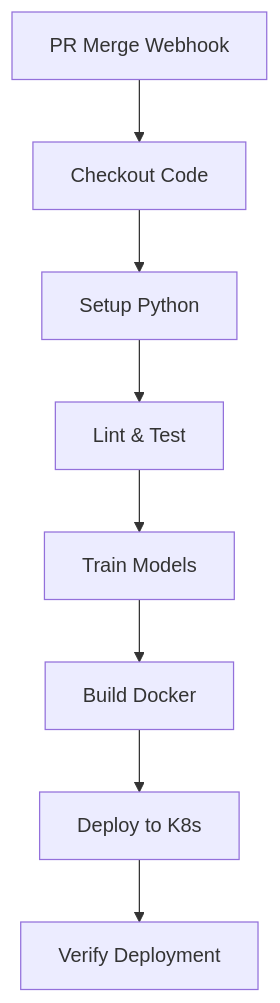
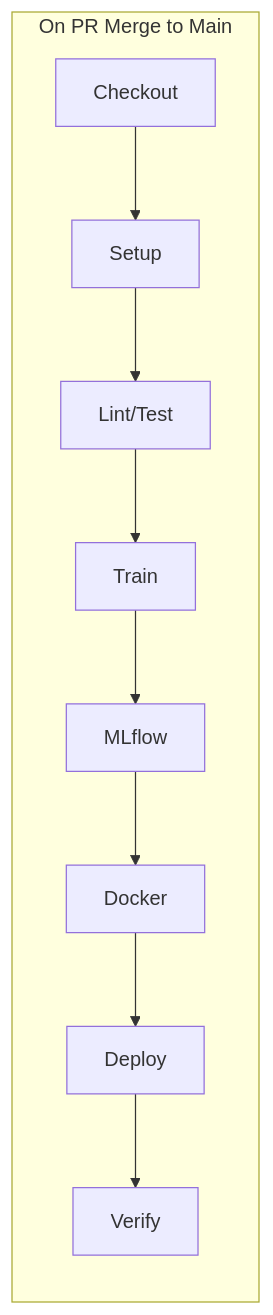
The fifth of 9 diagrams in README.md (2024aa05820/heart-disease-mlops), drawn with Mermaid before and after one commit. The commit also changed other lines of this file, not shown here.

First line of the commit message:
Fix High-Level Architecture to match actual CI/CD flow

````diff
--- a/README.md
+++ b/README.md
@@ -301,10 +328,7 @@
 ```mermaid
-flowchart TB
-    A[PR Merge Webhook] --> B[Checkout Code]
-    B --> C[Setup Python]
-    C --> D[Lint & Test]
-    D --> E[Train Models]
-    E --> F[Build Docker]
-    F --> G[Deploy to K8s]
-    G --> H[Verify Deployment]
+flowchart LR
+    subgraph JENKINS["On PR Merge to Main"]
+        A[Checkout] --> B[Setup] --> C[Lint/Test] --> D[Train]
+        D --> E[MLflow] --> F[Docker] --> G[Deploy] --> H[Verify]
+    end
 ```
````
